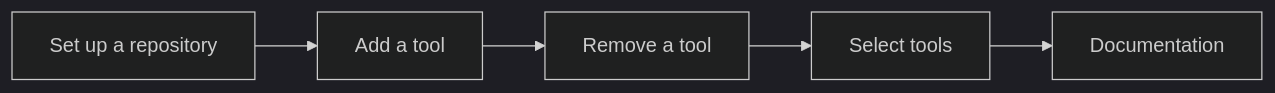
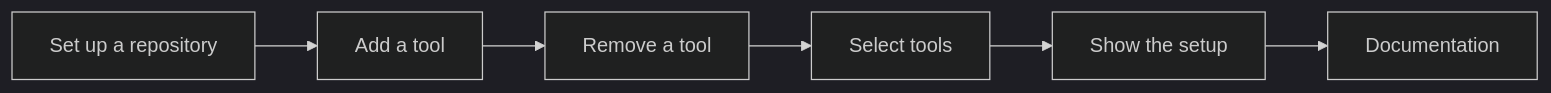
Before and after one commit to virajp/bootstrap: the diagram in docs/blueprint/product.md, drawn with Mermaid (dark theme). The commit also changed other lines of this file and 19 other files, not shown here.

````diff
--- a/docs/blueprint/product.md
+++ b/docs/blueprint/product.md
@@ -82,7 +83,8 @@
 ```mermaid
 flowchart LR
     A[Set up a repository] --> B[Add a tool]
     B --> C[Remove a tool]
     C --> D[Select tools]
-    D --> E[Documentation]
+    D --> F[Show the setup]
+    F --> E[Documentation]
 ```
````
